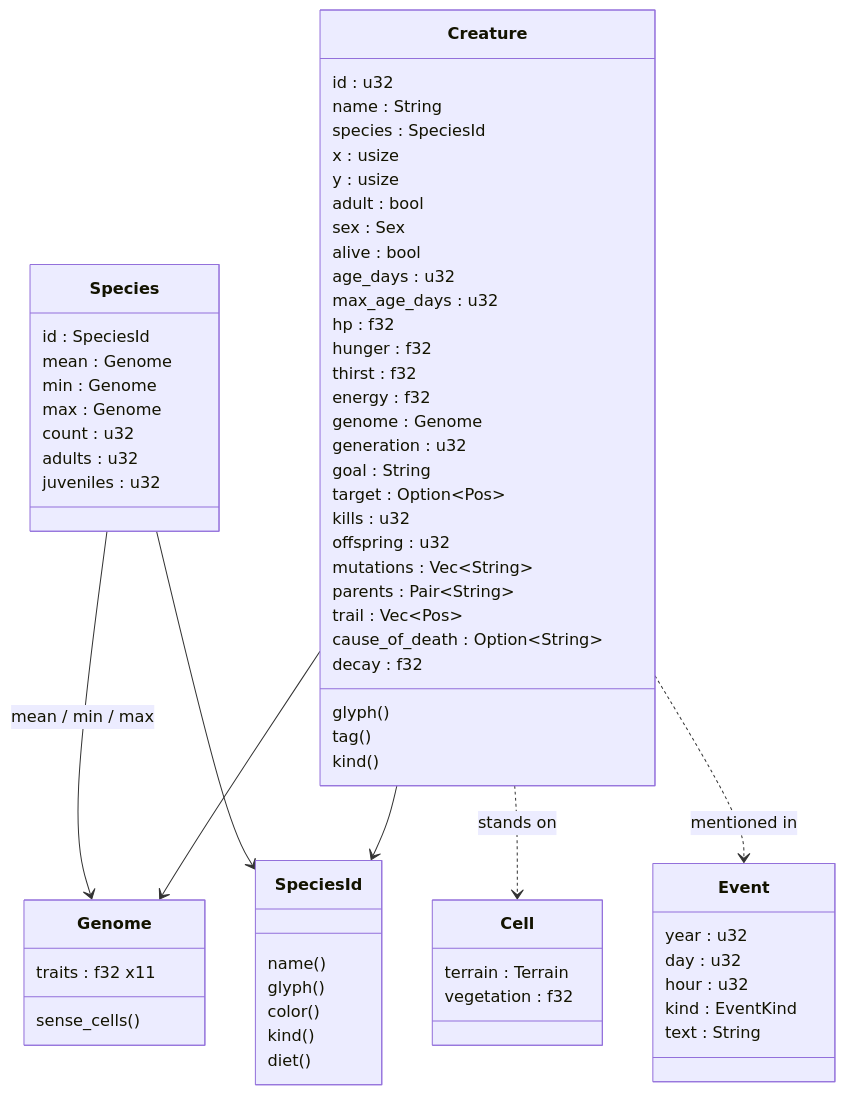
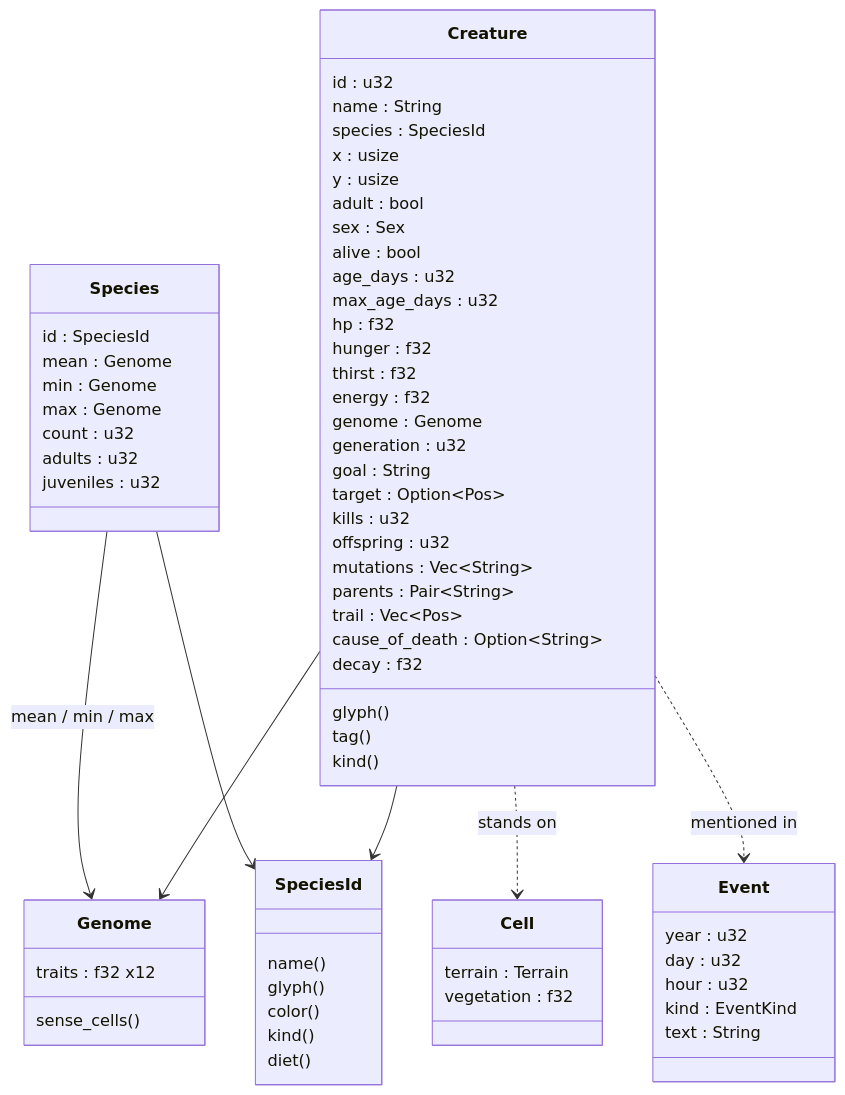
The second of 2 diagrams in docs/screens/s03-creature-inspector.md (sbayer55/sim-fortress), drawn with Mermaid before and after one commit. The commit also changed other lines of this file and 29 other files, not shown here.

````diff
--- a/docs/screens/s03-creature-inspector.md
+++ b/docs/screens/s03-creature-inspector.md
@@ -79,70 +79,70 @@
 ```mermaid
 classDiagram
     class Creature {
         id : u32
         name : String
         species : SpeciesId
         x : usize
         y : usize
         adult : bool
         sex : Sex
         alive : bool
         age_days : u32
         max_age_days : u32
         hp : f32
         hunger : f32
         thirst : f32
         energy : f32
         genome : Genome
         generation : u32
         goal : String
         target : Option~Pos~
         kills : u32
         offspring : u32
         mutations : Vec~String~
         parents : Pair~String~
         trail : Vec~Pos~
         cause_of_death : Option~String~
         decay : f32
         glyph()
         tag()
         kind()
     }
     class Genome {
-        traits : f32 x11
+        traits : f32 x12
         sense_cells()
     }
     class Species {
         id : SpeciesId
         mean : Genome
         min : Genome
         max : Genome
         count : u32
         adults : u32
         juveniles : u32
     }
     class SpeciesId {
         name()
         glyph()
         color()
         kind()
         diet()
     }
     class Cell {
         terrain : Terrain
         vegetation : f32
     }
     class Event {
         year : u32
         day : u32
         hour : u32
         kind : EventKind
         text : String
     }
     Creature --> Genome
     Creature --> SpeciesId
     Species --> SpeciesId
     Species --> Genome : mean / min / max
     Creature ..> Cell : stands on
     Creature ..> Event : mentioned in
 ```
````
